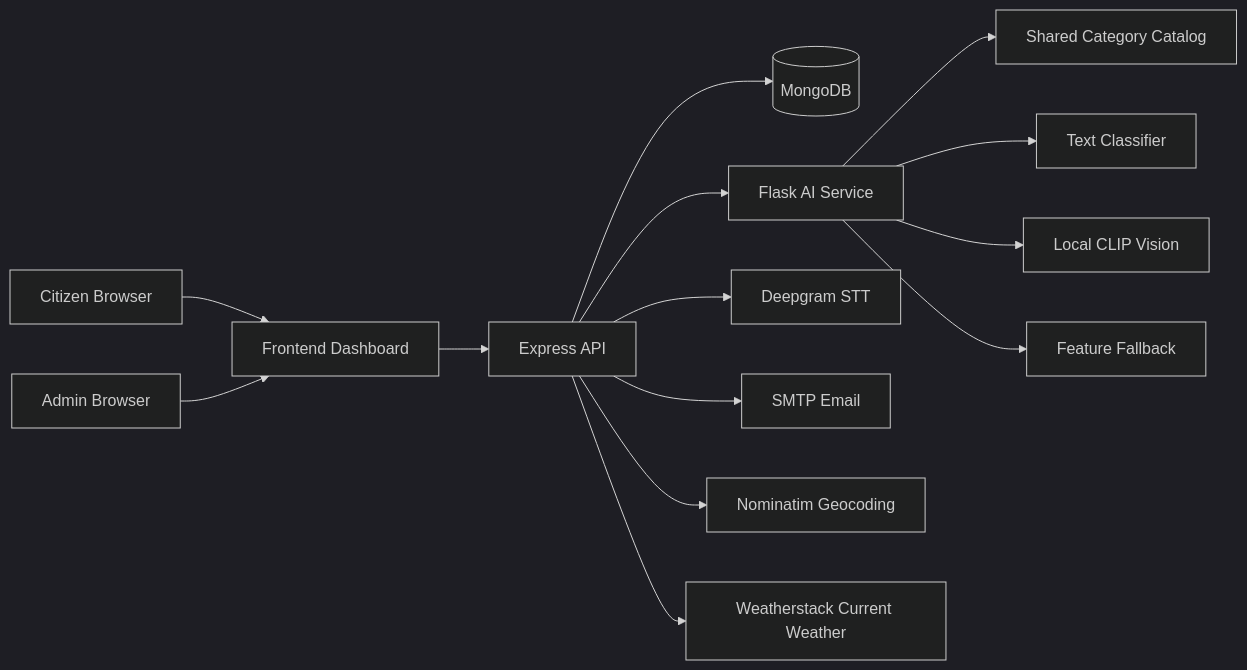
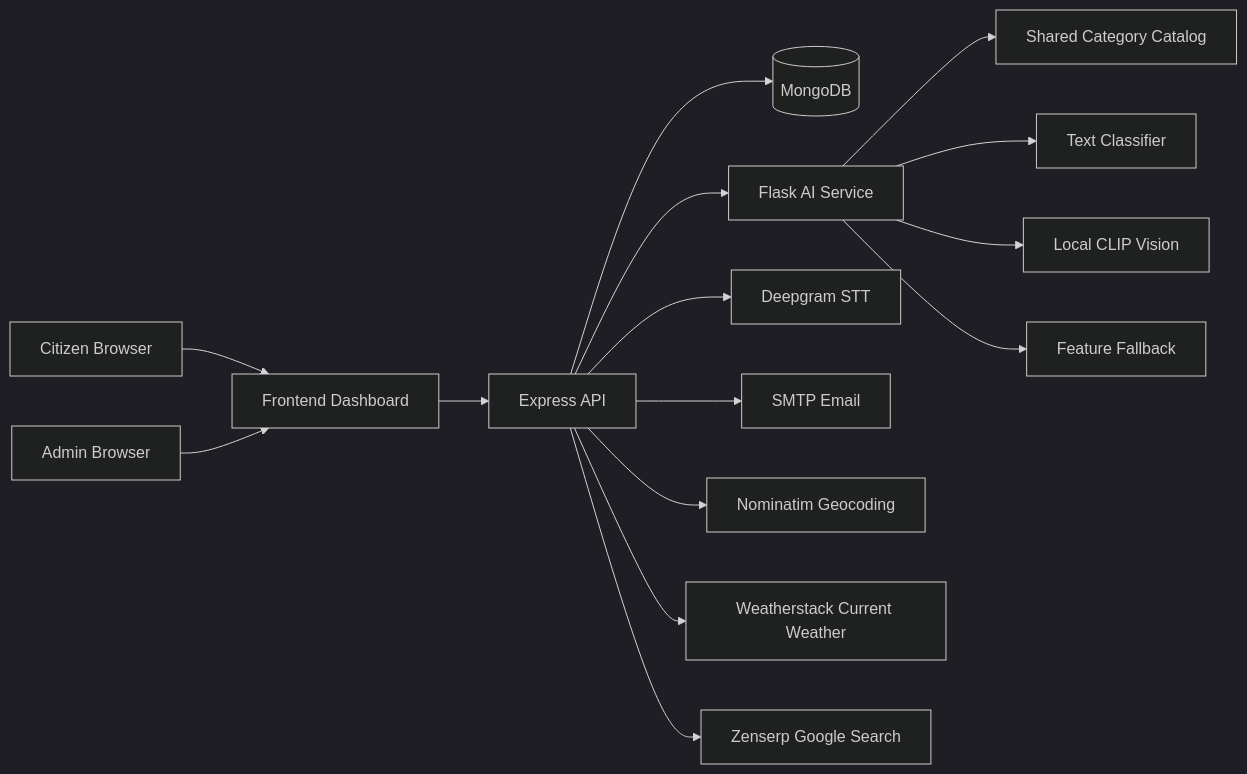
One commit to Shreyas0047/Urban-Pulse-Ai changed the first of 2 diagrams in README.md. Above: the diagram before and after it, drawn with Mermaid (dark theme). The commit also changed other lines of this file and 10 other files, not shown here.

````diff
--- a/README.md
+++ b/README.md
@@ -35,16 +36,17 @@
 ```mermaid
 flowchart LR
     Citizen[Citizen Browser] --> Frontend[Frontend Dashboard]
     Admin[Admin Browser] --> Frontend
     Frontend --> Express[Express API]
     Express --> Mongo[(MongoDB)]
     Express --> Flask[Flask AI Service]
     Flask --> Catalog[Shared Category Catalog]
     Flask --> TextAI[Text Classifier]
     Flask --> VisionAI[Local CLIP Vision]
     Flask --> VisionFallback[Feature Fallback]
     Express --> Deepgram[Deepgram STT]
     Express --> SMTP[SMTP Email]
     Express --> Geo[Nominatim Geocoding]
     Express --> Weather[Weatherstack Current Weather]
+    Express --> Zenserp[Zenserp Google Search]
 ```
````
